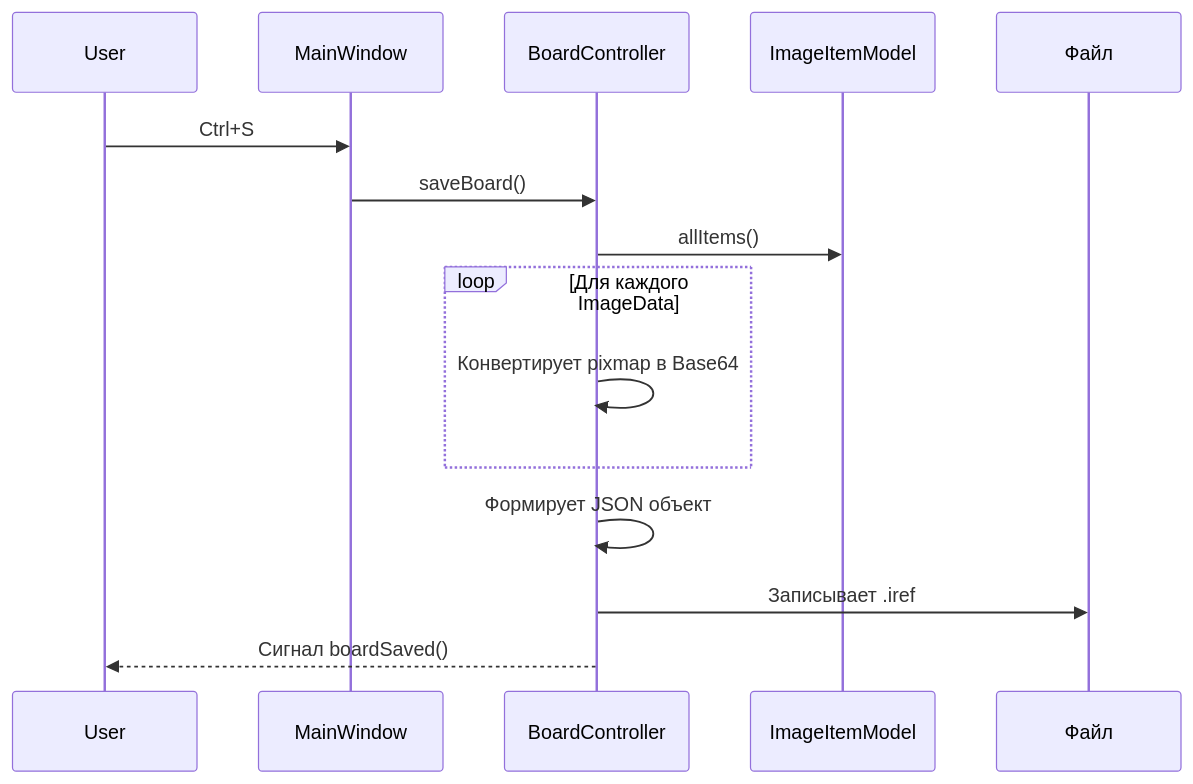
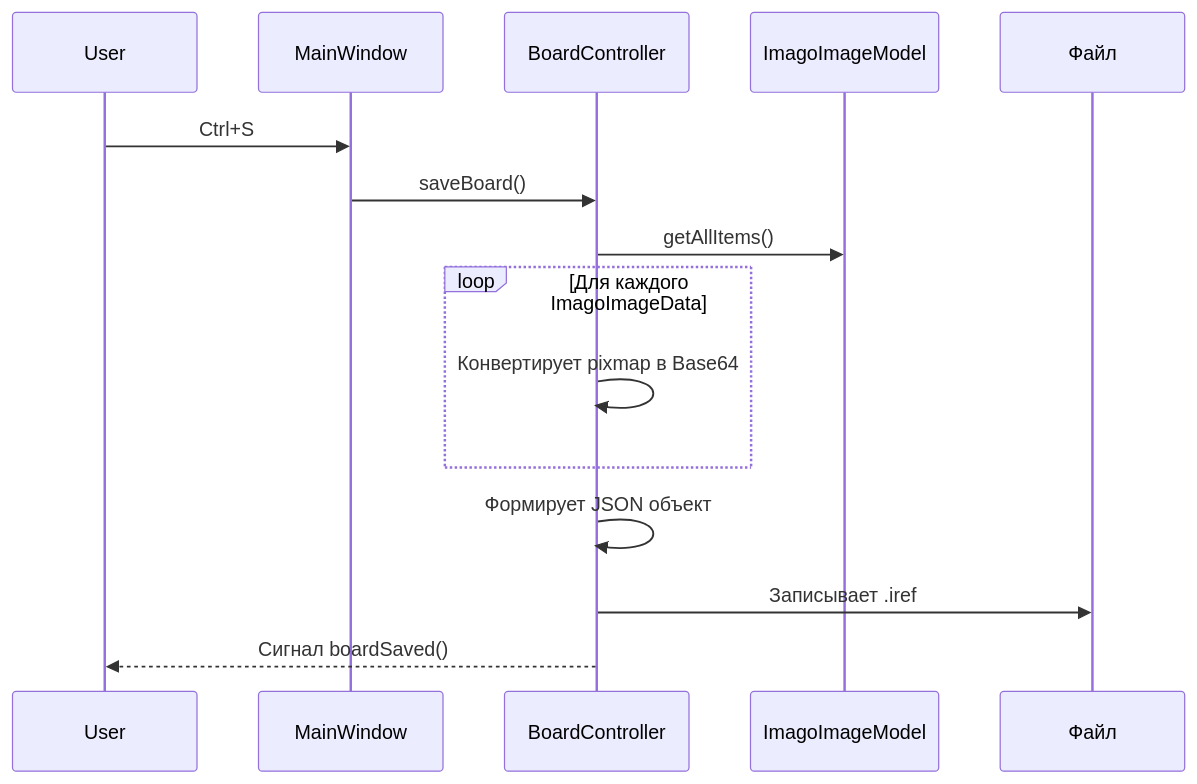
One commit to Hemaxa/ImagoRef changed the fourth of 5 diagrams in docs/spravka_po_kodu.md. Above: the diagram before and after it, drawn with Mermaid. The commit also changed other lines of this file and 21 other files, not shown here.

````diff
--- a/docs/spravka_po_kodu.md
+++ b/docs/spravka_po_kodu.md
@@ -542,17 +542,17 @@
 ```mermaid
 sequenceDiagram
     participant User
     participant MainWindow
     participant BoardController
-    participant ImageItemModel
+    participant ImagoImageModel
 
     User->>MainWindow: Ctrl+S
     MainWindow->>BoardController: saveBoard()
-    BoardController->>ImageItemModel: allItems()
-    loop Для каждого ImageData
+    BoardController->>ImagoImageModel: getAllItems()
+    loop Для каждого ImagoImageData
         BoardController->>BoardController: Конвертирует pixmap в Base64
     end
     BoardController->>BoardController: Формирует JSON объект
     BoardController->>Файл: Записывает .iref
     BoardController-->>User: Сигнал boardSaved()
 ```
````
